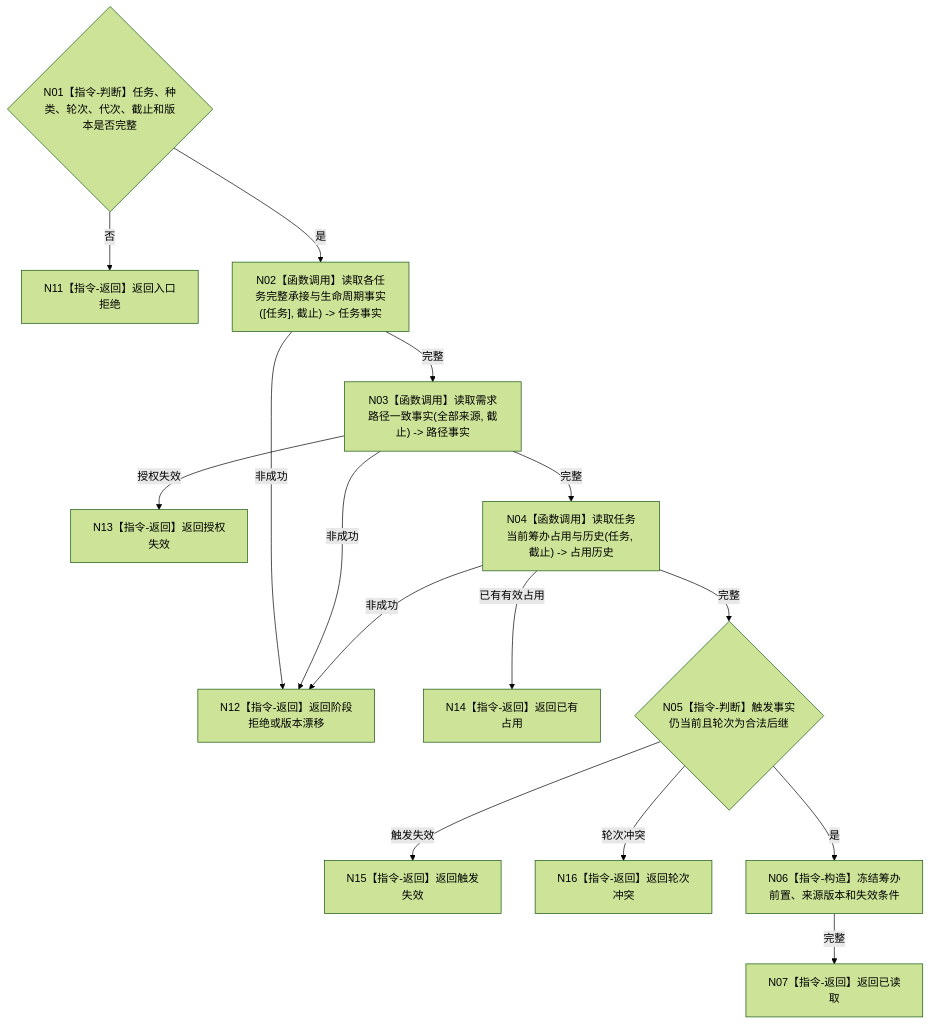
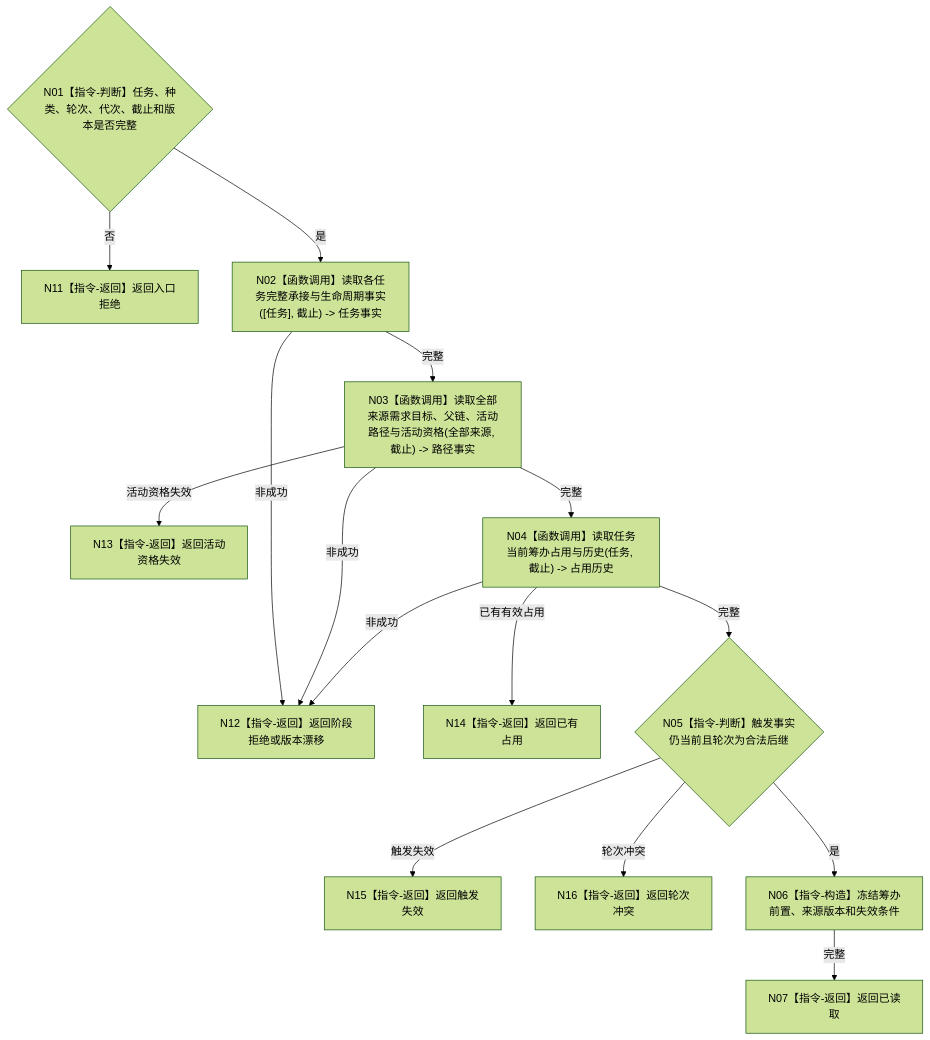
The diagram in 流程图/目标业务流程图/L4/BIZ-L4-004-04-01-01_读取筹办工作冻结前置_目标函数流程图_v0.1.md (chunhaizh-cyber/HY-Ego), drawn with Mermaid (forest theme) before and after one commit. The commit also changed other lines of this file and 35 other files, not shown here.

````diff
--- a/流程图/目标业务流程图/L4/BIZ-L4-004-04-01-01_读取筹办工作冻结前置_目标函数流程图_v0.1.md
+++ b/流程图/目标业务流程图/L4/BIZ-L4-004-04-01-01_读取筹办工作冻结前置_目标函数流程图_v0.1.md
@@ -30,17 +30,17 @@
 ```mermaid
 flowchart TD
     N01{"N01【指令-判断】任务、种类、轮次、代次、截止和版本是否完整"} -->|否| N11["N11【指令-返回】返回入口拒绝"]
     N01 -->|是| N02["N02【函数调用】读取各任务完整承接与生命周期事实([任务], 截止) -> 任务事实"]
     N02 -->|非成功| N12["N12【指令-返回】返回阶段拒绝或版本漂移"]
-    N02 -->|完整| N03["N03【函数调用】读取需求路径一致事实(全部来源, 截止) -> 路径事实"]
-    N03 -->|授权失效| N13["N13【指令-返回】返回授权失效"]
+    N02 -->|完整| N03["N03【函数调用】读取全部来源需求目标、父链、活动路径与活动资格(全部来源, 截止) -> 路径事实"]
+    N03 -->|活动资格失效| N13["N13【指令-返回】返回活动资格失效"]
     N03 -->|非成功| N12
     N03 -->|完整| N04["N04【函数调用】读取任务当前筹办占用与历史(任务, 截止) -> 占用历史"]
     N04 -->|已有有效占用| N14["N14【指令-返回】返回已有占用"]
     N04 -->|非成功| N12
     N04 -->|完整| N05{"N05【指令-判断】触发事实仍当前且轮次为合法后继"}
     N05 -->|触发失效| N15["N15【指令-返回】返回触发失效"]
     N05 -->|轮次冲突| N16["N16【指令-返回】返回轮次冲突"]
     N05 -->|是| N06["N06【指令-构造】冻结筹办前置、来源版本和失效条件"]
     N06 -->|完整| N07["N07【指令-返回】返回已读取"]
 ```
````
